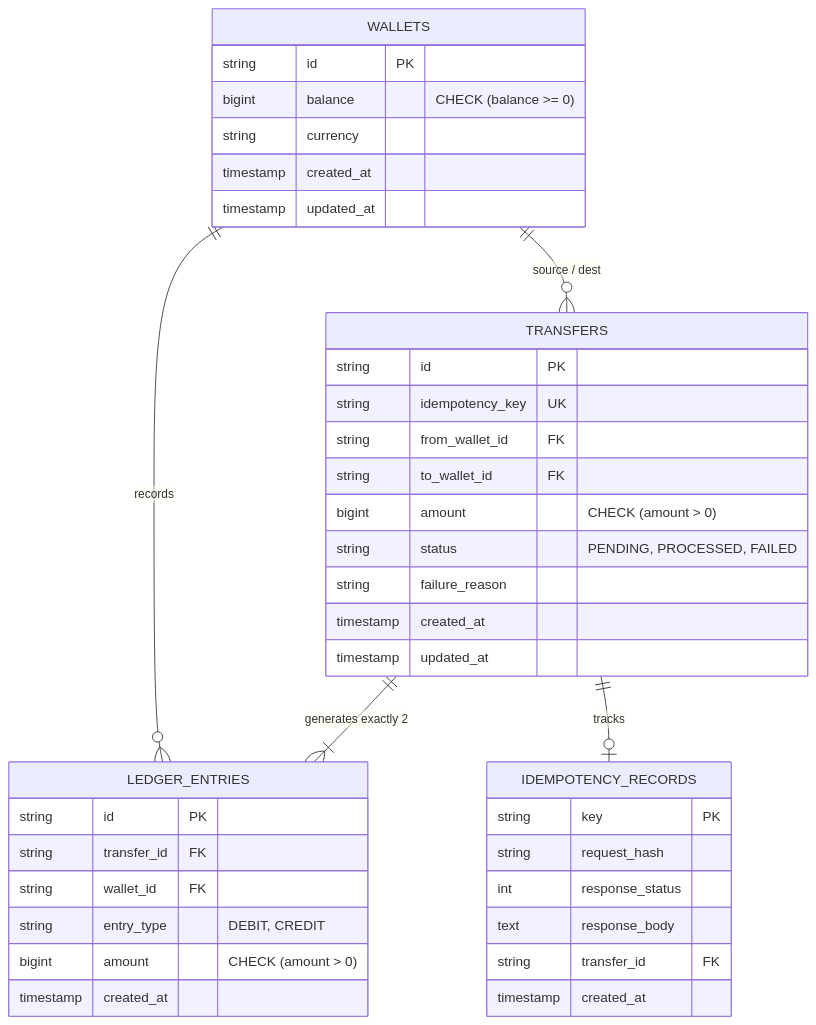
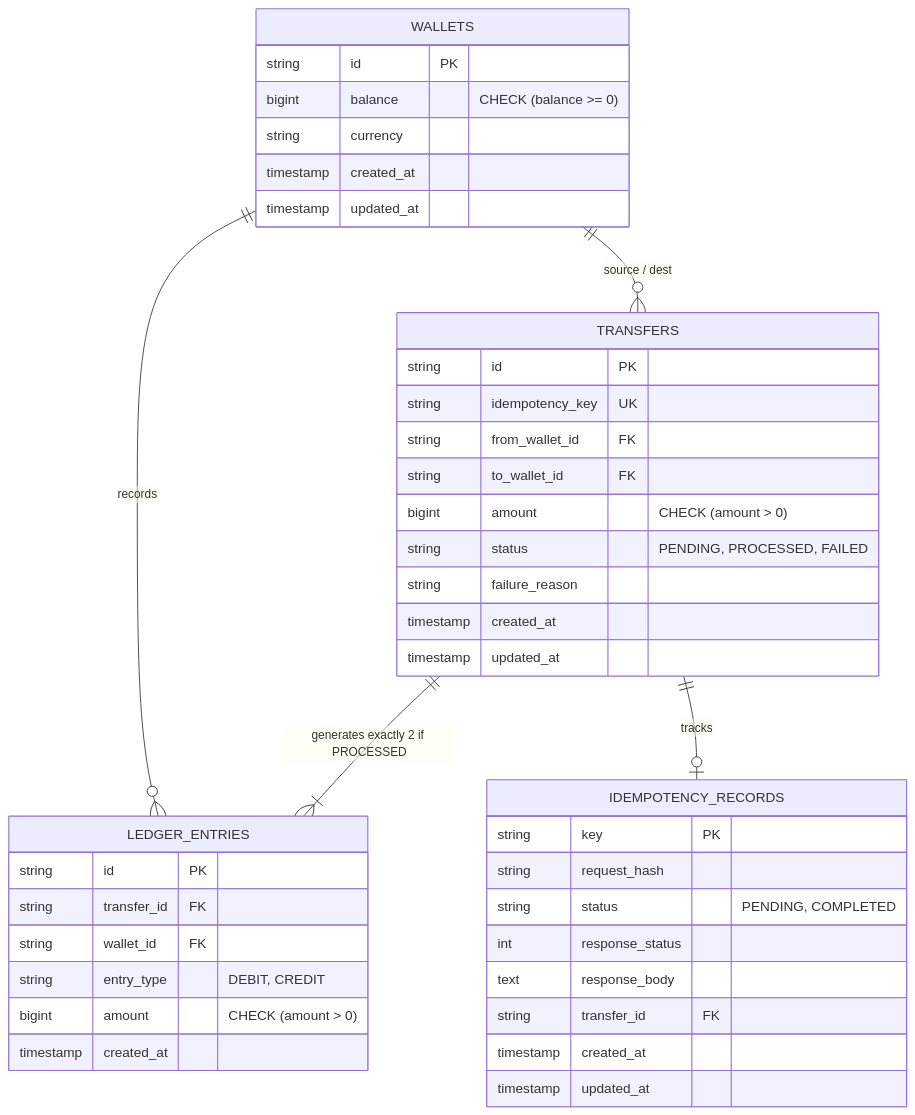
One commit to safeek-dev/wallet-transfer-assignment changed the first of 2 diagrams in APPROACH.md. Above: the diagram before and after it, drawn with Mermaid. The commit also changed other lines of this file, not shown here.

````diff
--- a/APPROACH.md
+++ b/APPROACH.md
@@ -71,45 +76,47 @@
 ```mermaid
 erDiagram
     WALLETS ||--o{ LEDGER_ENTRIES : "records"
     WALLETS ||--o{ TRANSFERS : "source / dest"
-    TRANSFERS ||--|{ LEDGER_ENTRIES : "generates exactly 2"
+    TRANSFERS ||--|{ LEDGER_ENTRIES : "generates exactly 2 if PROCESSED"
     TRANSFERS ||--o| IDEMPOTENCY_RECORDS : "tracks"
 
     WALLETS {
         string id PK
         bigint balance "CHECK (balance >= 0)"
         string currency
         timestamp created_at
         timestamp updated_at
     }
 
     TRANSFERS {
         string id PK
         string idempotency_key UK
         string from_wallet_id FK
         string to_wallet_id FK
         bigint amount "CHECK (amount > 0)"
         string status "PENDING, PROCESSED, FAILED"
         string failure_reason
         timestamp created_at
         timestamp updated_at
     }
 
     LEDGER_ENTRIES {
         string id PK
         string transfer_id FK
         string wallet_id FK
         string entry_type "DEBIT, CREDIT"
         bigint amount "CHECK (amount > 0)"
         timestamp created_at
     }
 
     IDEMPOTENCY_RECORDS {
         string key PK
         string request_hash
+        string status "PENDING, COMPLETED"
         int response_status
         text response_body
         string transfer_id FK
         timestamp created_at
+        timestamp updated_at
     }
 ```
````
